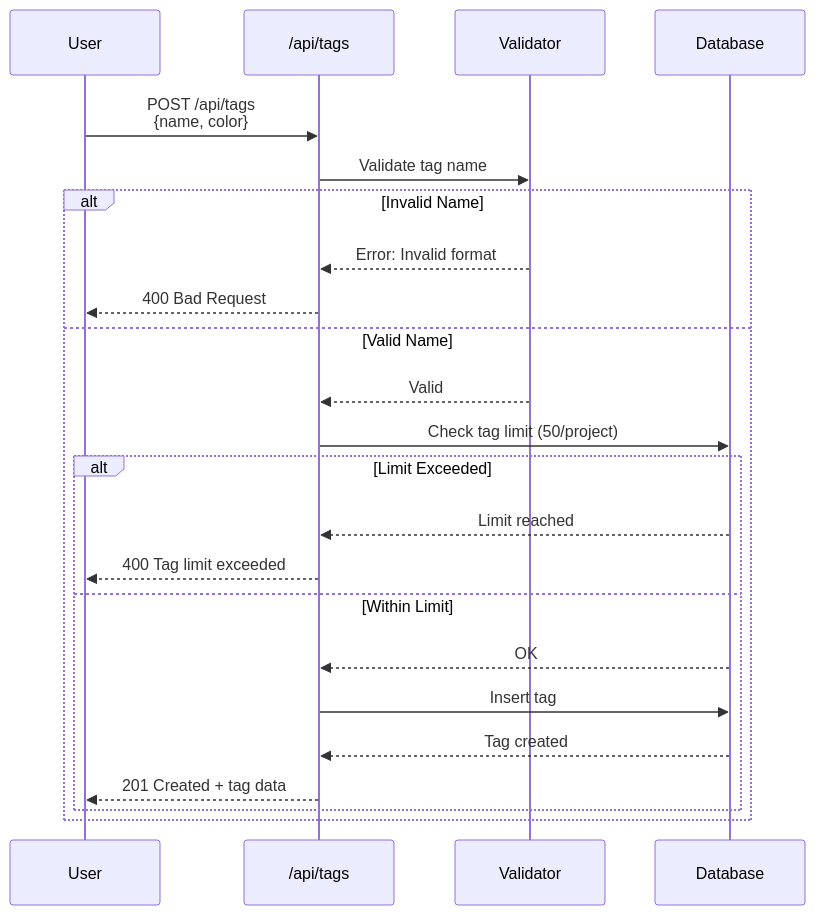
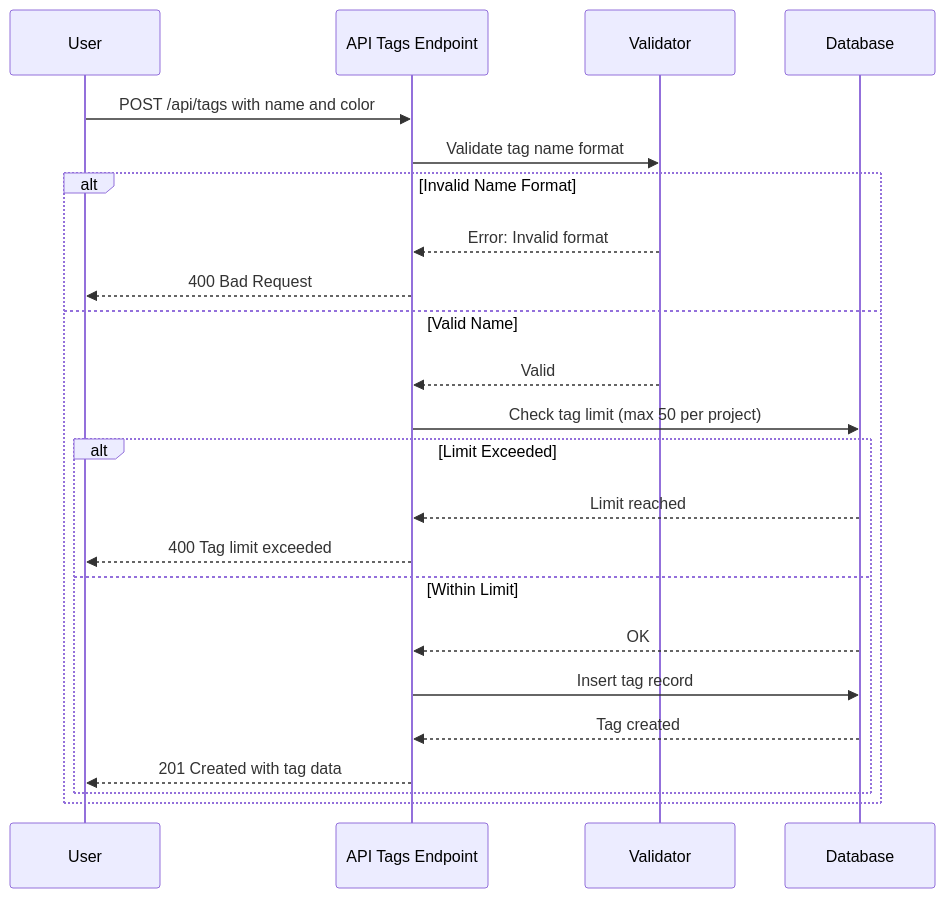
One commit to supercheck-io/supercheck changed the third of 12 diagrams in specs/05-features/tag-system.md. Above: the diagram before and after it, drawn with Mermaid. The commit also changed other lines of this file, not shown here.

First line of the commit message:
Fix tag-system.md: correct Mermaid syntax and clarify user-defined colors

````diff
--- a/specs/05-features/tag-system.md
+++ b/specs/05-features/tag-system.md
@@ -93,28 +99,28 @@
 ```mermaid
 sequenceDiagram
     participant User
-    participant API as /api/tags
+    participant API as API Tags Endpoint
     participant Validator
     participant DB as Database
 
-    User->>API: POST /api/tags<br/>{name, color}
-    API->>Validator: Validate tag name
+    User->>API: POST /api/tags with name and color
+    API->>Validator: Validate tag name format
 
-    alt Invalid Name
+    alt Invalid Name Format
         Validator-->>API: Error: Invalid format
         API-->>User: 400 Bad Request
     else Valid Name
         Validator-->>API: Valid
-        API->>DB: Check tag limit (50/project)
+        API->>DB: Check tag limit (max 50 per project)
 
         alt Limit Exceeded
             DB-->>API: Limit reached
             API-->>User: 400 Tag limit exceeded
         else Within Limit
             DB-->>API: OK
-            API->>DB: Insert tag
+            API->>DB: Insert tag record
             DB-->>API: Tag created
-            API-->>User: 201 Created + tag data
+            API-->>User: 201 Created with tag data
         end
     end
 ```
````
